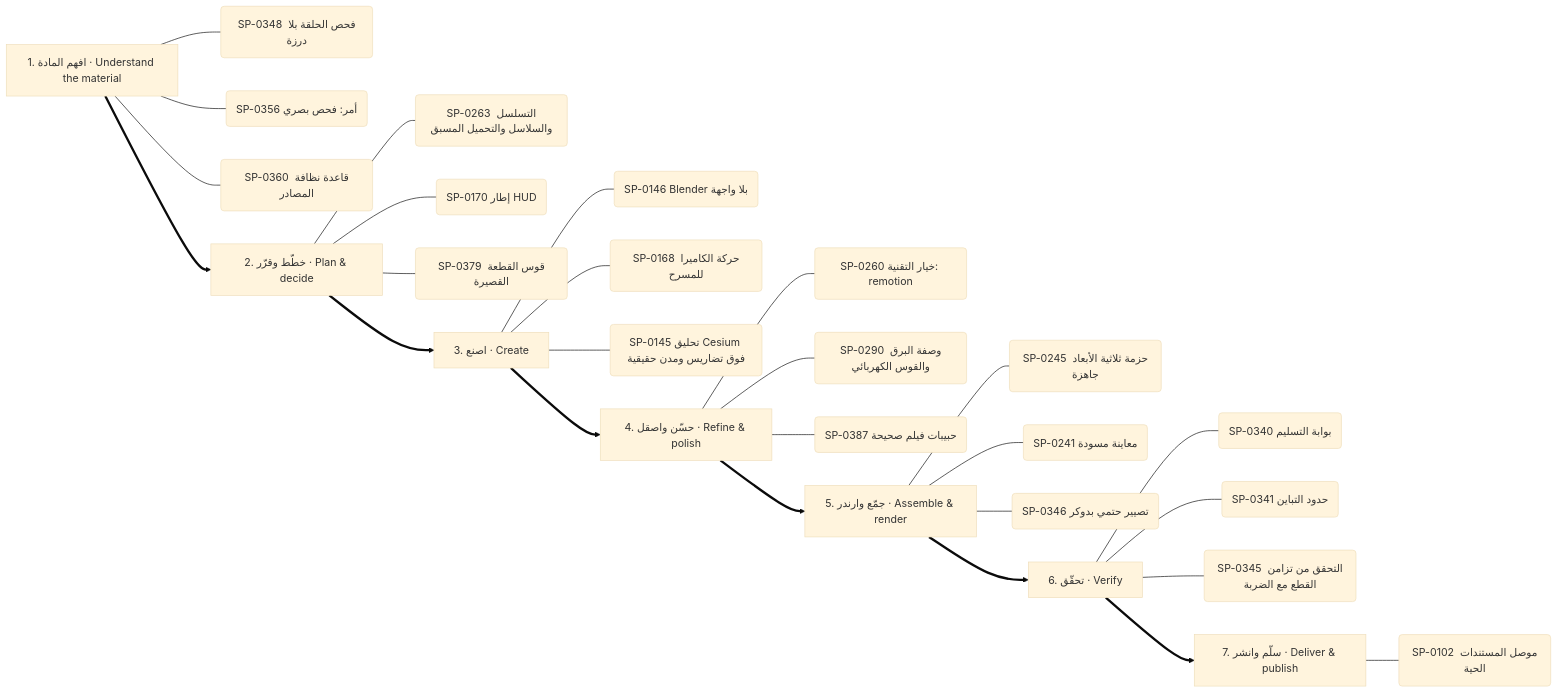
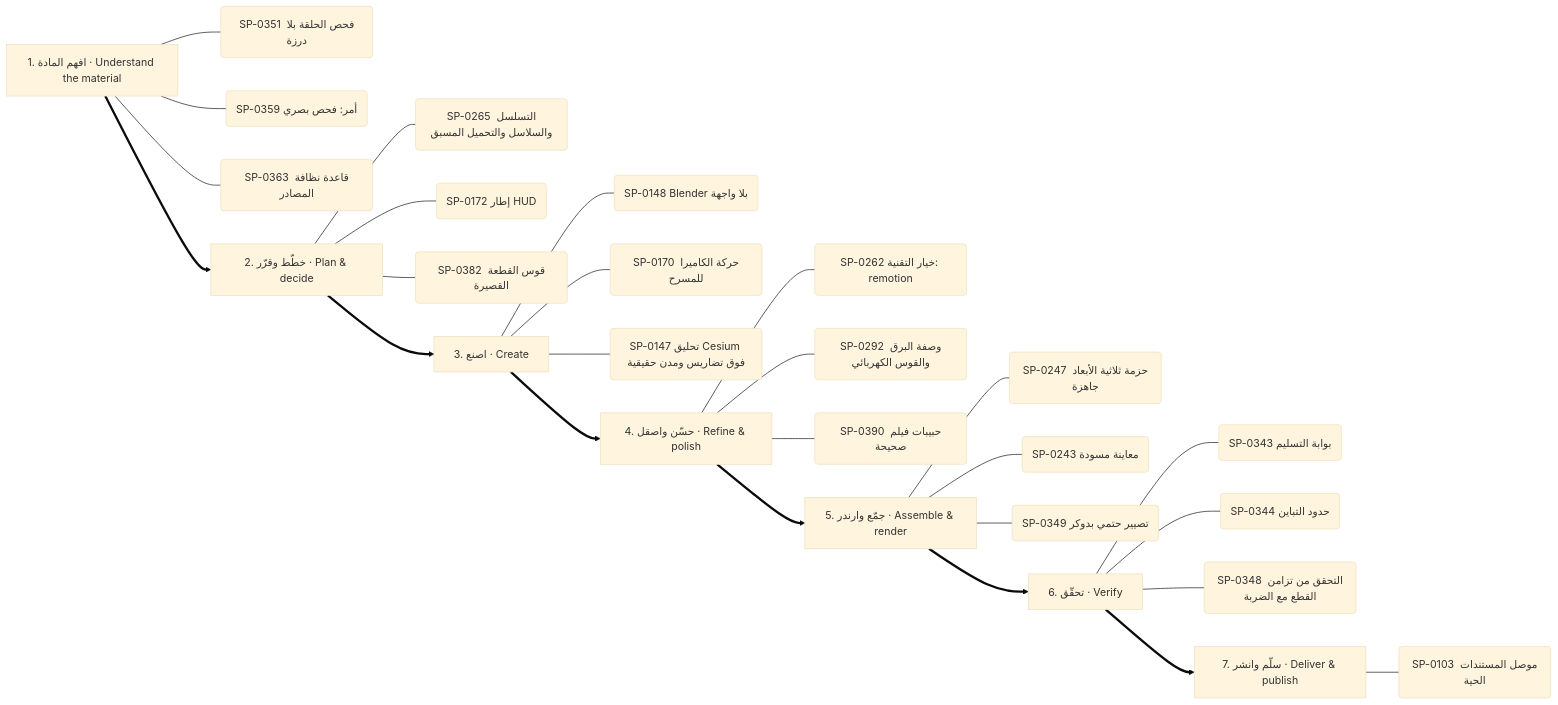
Before and after one commit to kosif199022-jpg/kosif-tool: the eighth of 13 diagrams in .claude/skills/kosif-superpowers/references/capability-mindmap.md, drawn with Mermaid (base theme). The commit also changed other lines of this file and 48 other files, not shown here.

````diff
--- a/.claude/skills/kosif-superpowers/references/capability-mindmap.md
+++ b/.claude/skills/kosif-superpowers/references/capability-mindmap.md
@@ -407,35 +407,35 @@
 ```mermaid
 flowchart LR
   S0["1. افهم المادة · Understand the material"]
-  S0 --- S0_0("SP-0348 فحص الحلقة بلا درزة")
-  S0 --- S0_1("SP-0356 أمر: فحص بصري")
-  S0 --- S0_2("SP-0360 قاعدة نظافة المصادر")
+  S0 --- S0_0("SP-0351 فحص الحلقة بلا درزة")
+  S0 --- S0_1("SP-0359 أمر: فحص بصري")
+  S0 --- S0_2("SP-0363 قاعدة نظافة المصادر")
   S1["2. خطّط وقرّر · Plan & decide"]
-  S1 --- S1_0("SP-0263 التسلسل والسلاسل والتحميل المسبق")
-  S1 --- S1_1("SP-0170 إطار HUD")
-  S1 --- S1_2("SP-0379 قوس القطعة القصيرة")
+  S1 --- S1_0("SP-0265 التسلسل والسلاسل والتحميل المسبق")
+  S1 --- S1_1("SP-0172 إطار HUD")
+  S1 --- S1_2("SP-0382 قوس القطعة القصيرة")
   S0 ==> S1
   S2["3. اصنع · Create"]
-  S2 --- S2_0("SP-0146 Blender بلا واجهة")
-  S2 --- S2_1("SP-0168 حركة الكاميرا للمسرح")
-  S2 --- S2_2("SP-0145 تحليق Cesium فوق تضاريس ومدن حقيقية")
+  S2 --- S2_0("SP-0148 Blender بلا واجهة")
+  S2 --- S2_1("SP-0170 حركة الكاميرا للمسرح")
+  S2 --- S2_2("SP-0147 تحليق Cesium فوق تضاريس ومدن حقيقية")
   S1 ==> S2
   S3["4. حسّن واصقل · Refine & polish"]
-  S3 --- S3_0("SP-0260 خيار التقنية: remotion")
-  S3 --- S3_1("SP-0290 وصفة البرق والقوس الكهربائي")
-  S3 --- S3_2("SP-0387 حبيبات فيلم صحيحة")
+  S3 --- S3_0("SP-0262 خيار التقنية: remotion")
+  S3 --- S3_1("SP-0292 وصفة البرق والقوس الكهربائي")
+  S3 --- S3_2("SP-0390 حبيبات فيلم صحيحة")
   S2 ==> S3
   S4["5. جمّع وارندر · Assemble & render"]
-  S4 --- S4_0("SP-0245 حزمة ثلاثية الأبعاد جاهزة")
-  S4 --- S4_1("SP-0241 معاينة مسودة")
-  S4 --- S4_2("SP-0346 تصيير حتمي بدوكر")
+  S4 --- S4_0("SP-0247 حزمة ثلاثية الأبعاد جاهزة")
+  S4 --- S4_1("SP-0243 معاينة مسودة")
+  S4 --- S4_2("SP-0349 تصيير حتمي بدوكر")
   S3 ==> S4
   S5["6. تحقّق · Verify"]
-  S5 --- S5_0("SP-0340 بوابة التسليم")
-  S5 --- S5_1("SP-0341 حدود التباين")
-  S5 --- S5_2("SP-0345 التحقق من تزامن القطع مع الضربة")
+  S5 --- S5_0("SP-0343 بوابة التسليم")
+  S5 --- S5_1("SP-0344 حدود التباين")
+  S5 --- S5_2("SP-0348 التحقق من تزامن القطع مع الضربة")
   S4 ==> S5
   S6["7. سلّم وانشر · Deliver & publish"]
-  S6 --- S6_0("SP-0102 موصل المستندات الحية")
+  S6 --- S6_0("SP-0103 موصل المستندات الحية")
   S5 ==> S6
 ```
````
